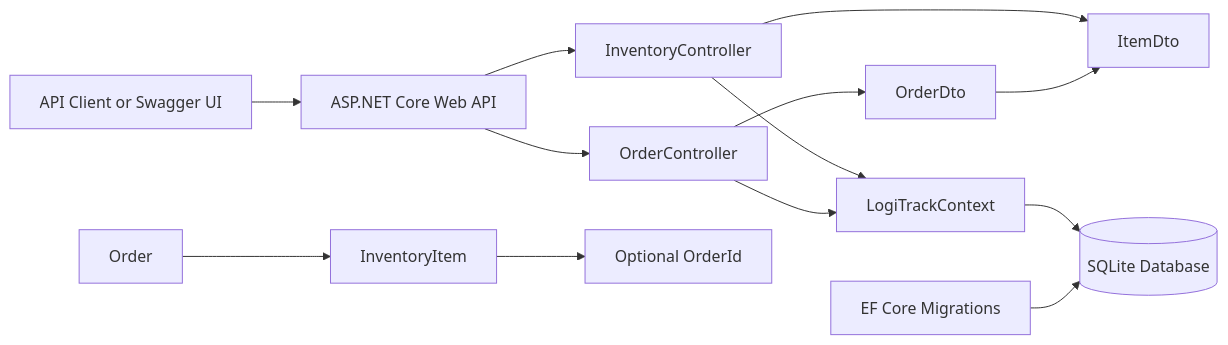
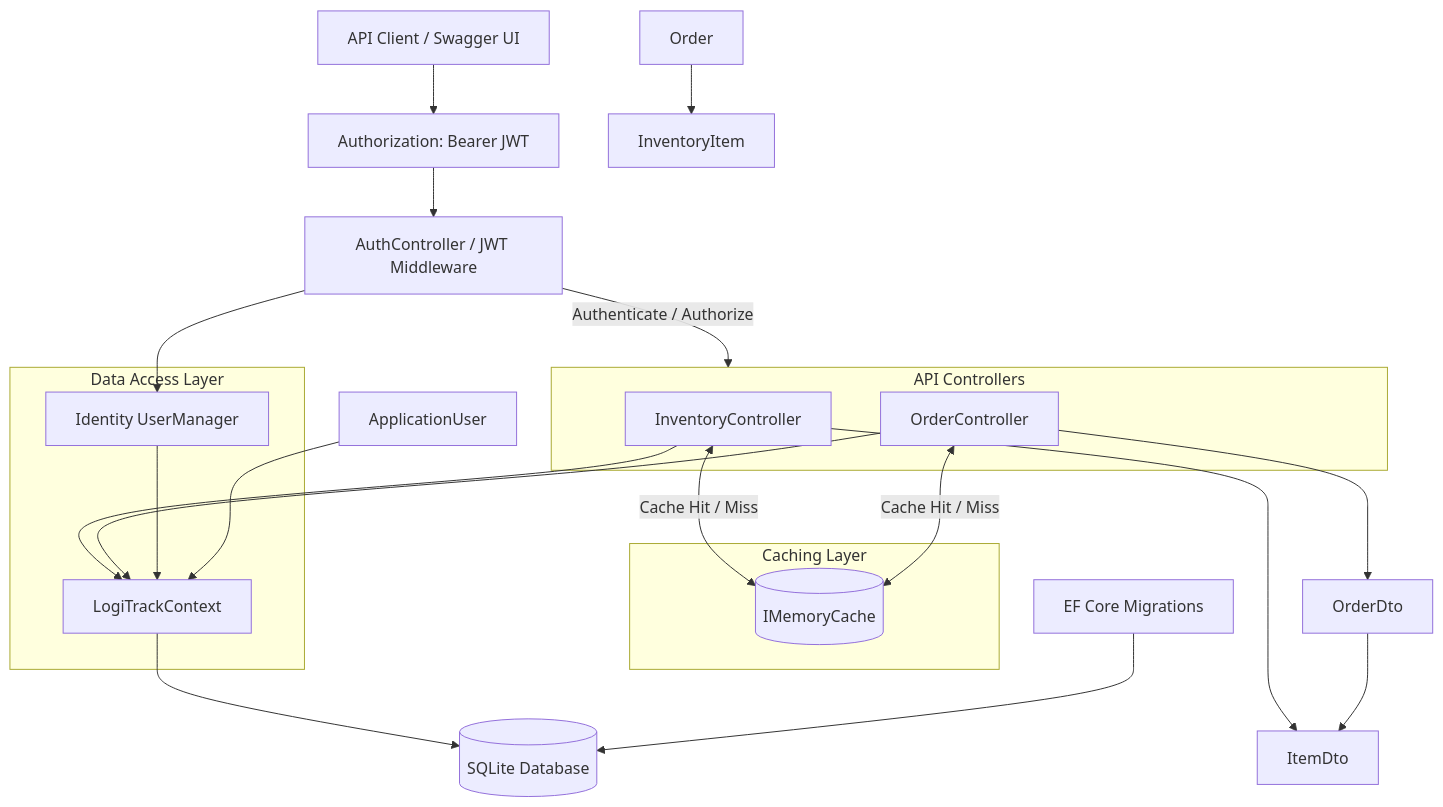
Before and after one commit to boricua007/MSFD_LogiTrack: the diagram in docs/architecture.md, drawn with Mermaid. The commit also changed other lines of this file, not shown here.

Commit message:
docs: update architecture diagram and flow to reflect Identity JWT auth and caching layer

````diff
--- a/docs/architecture.md
+++ b/docs/architecture.md
@@ -5,19 +5,39 @@
 ```mermaid
-flowchart LR
-    Client[API Client or Swagger UI] --> API[ASP.NET Core Web API]
+flowchart TD
+    Client[API Client / Swagger UI] --> AuthHeader[Authorization: Bearer JWT]
+    AuthHeader --> AuthCtrl[AuthController / JWT Middleware]
+    
+    AuthCtrl -->|Authenticate / Authorize| Controllers
+    
+    subgraph Controllers [API Controllers]
+        Inventory[InventoryController]
+        Orders[OrderController]
+    end
 
-    API --> Inventory[InventoryController]
-    API --> Orders[OrderController]
+    subgraph Caching [Caching Layer]
+        MemCache[(IMemoryCache)]
+    end
+
+    Inventory <-->|Cache Hit / Miss| MemCache
+    Orders <-->|Cache Hit / Miss| MemCache
 
     Inventory --> ItemDto[ItemDto]
     Orders --> OrderDto[OrderDto]
     OrderDto --> ItemDto
 
-    Inventory --> Context[LogiTrackContext]
+    subgraph Persistence [Data Access Layer]
+        Context[LogiTrackContext]
+        UserManager[Identity UserManager]
+    end
+
+    Inventory --> Context
     Orders --> Context
+    AuthCtrl --> UserManager
+    UserManager --> Context
+
     Context --> SQLite[(SQLite Database)]
     Migrations[EF Core Migrations] --> SQLite
 
     Order[Order] --> Items[InventoryItem]
-    Items --> OrderId[Optional OrderId]
+    AppUser[ApplicationUser] --> Context
 ```
````
